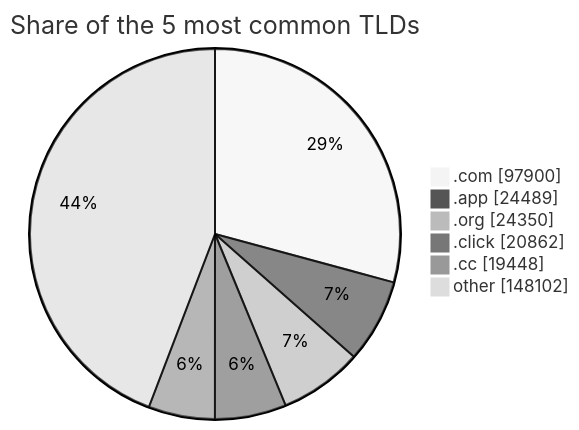
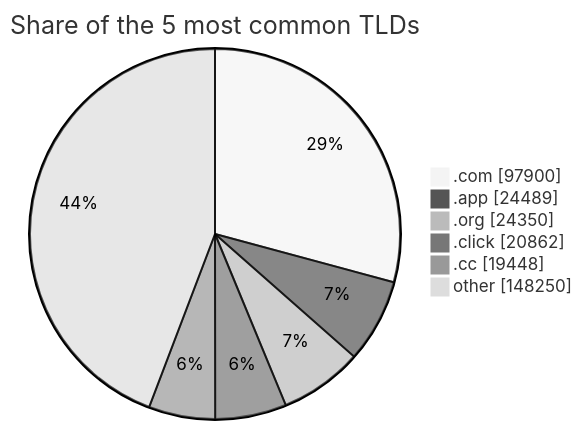
The third of 3 diagrams in README.md (DNSBunker/CTI), drawn with Mermaid (neutral theme) before and after one commit. The commit also changed other lines of this file and 4 other files, not shown here.

````diff
--- a/README.md
+++ b/README.md
@@ -81,9 +81,9 @@
 ```mermaid
 pie showData title Share of the 5 most common TLDs
     ".com" : 97900
     ".app" : 24489
     ".org" : 24350
     ".click" : 20862
     ".cc" : 19448
-    "other" : 148102
+    "other" : 148250
 ```
````
